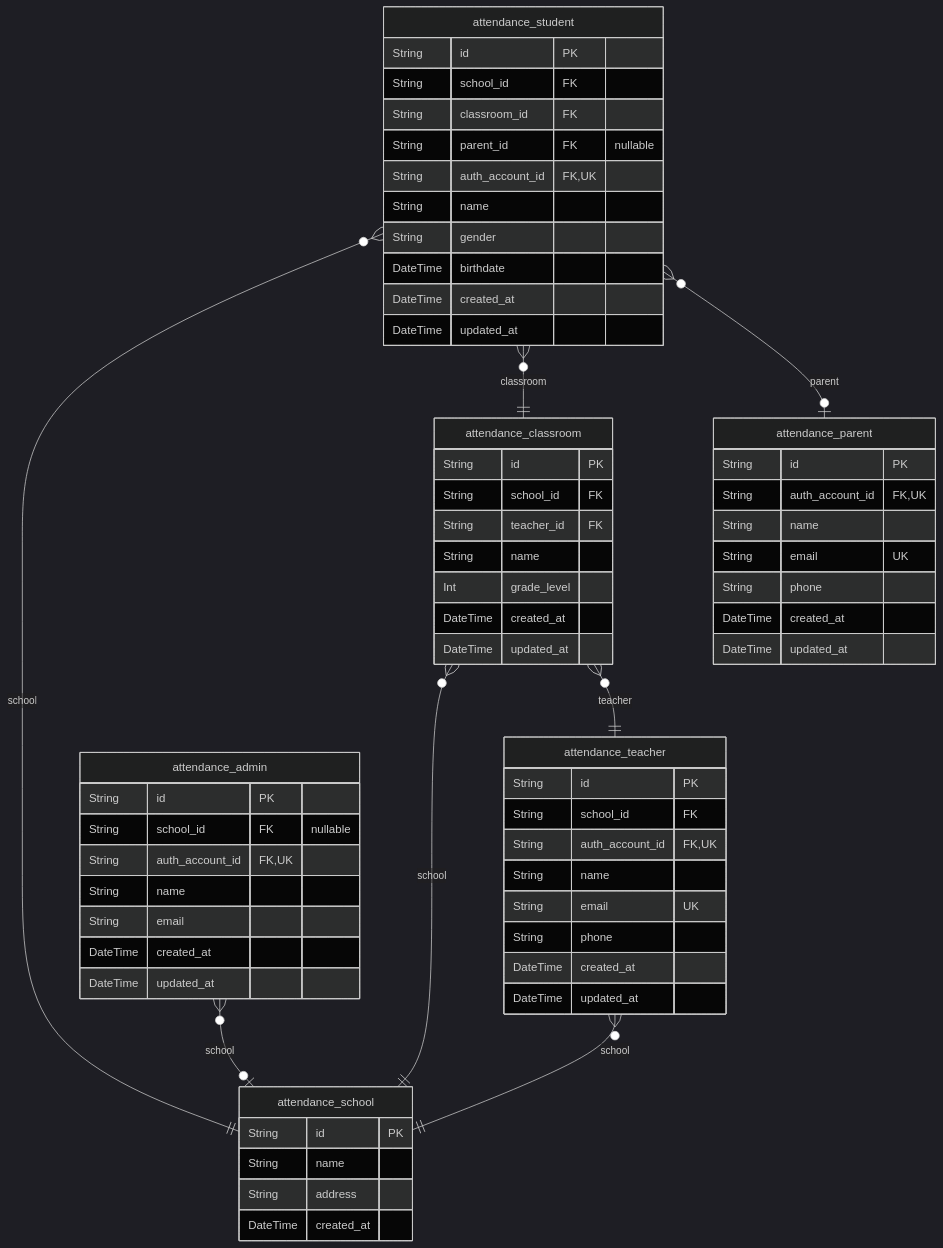
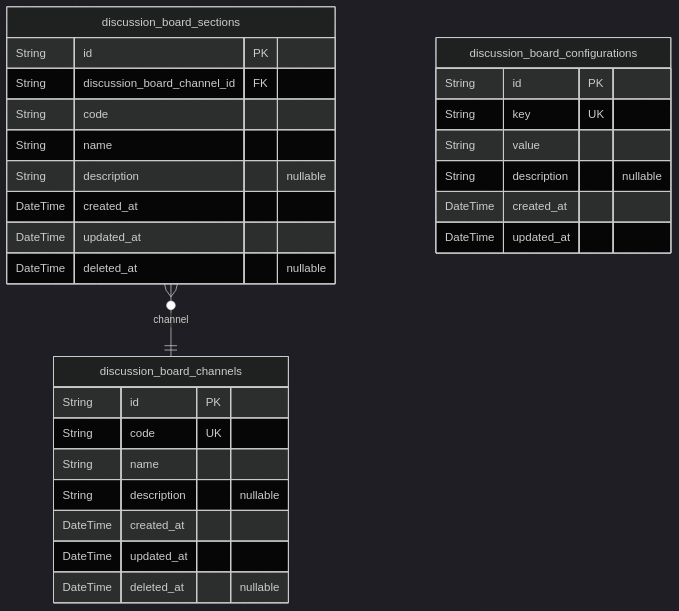
Before and after one commit to wrtnlabs/autobe-example-bbs-openai-gpt-4.1: the first of 8 diagrams in docs/ERD.md, drawn with Mermaid (dark theme). The commit also changed other lines of this file and 667 other files, not shown here.

````diff
--- a/docs/ERD.md
+++ b/docs/ERD.md
@@ -14,65 +16,31 @@
 ```mermaid
 erDiagram
-"attendance_teacher" {
+"discussion_board_channels" {
   String id PK
-  String school_id FK
-  String auth_account_id FK,UK
+  String code UK
   String name
-  String email UK
-  String phone
+  String description "nullable"
+  DateTime created_at
+  DateTime updated_at
+  DateTime deleted_at "nullable"
+}
+"discussion_board_sections" {
+  String id PK
+  String discussion_board_channel_id FK
+  String code
+  String name
+  String description "nullable"
+  DateTime created_at
+  DateTime updated_at
+  DateTime deleted_at "nullable"
+}
+"discussion_board_configurations" {
+  String id PK
+  String key UK
+  String value
+  String description "nullable"
   DateTime created_at
   DateTime updated_at
 }
-"attendance_student" {
-  String id PK
-  String school_id FK
-  String classroom_id FK
-  String parent_id FK "nullable"
-  String auth_account_id FK,UK
-  String name
-  String gender
-  DateTime birthdate
-  DateTime created_at
-  DateTime updated_at
-}
-"attendance_parent" {
-  String id PK
-  String auth_account_id FK,UK
-  String name
-  String email UK
-  String phone
-  DateTime created_at
-  DateTime updated_at
-}
-"attendance_admin" {
-  String id PK
-  String school_id FK "nullable"
-  String auth_account_id FK,UK
-  String name
-  String email
-  DateTime created_at
-  DateTime updated_at
-}
-"attendance_school" {
-  String id PK
-  String name
-  String address
-  DateTime created_at
-}
-"attendance_classroom" {
-  String id PK
-  String school_id FK
-  String teacher_id FK
-  String name
-  Int grade_level
-  DateTime created_at
-  DateTime updated_at
-}
-"attendance_teacher" }o--|| "attendance_school" : school
-"attendance_student" }o--|| "attendance_school" : school
-"attendance_student" }o--|| "attendance_classroom" : classroom
-"attendance_student" }o--o| "attendance_parent" : parent
-"attendance_admin" }o--o| "attendance_school" : school
-"attendance_classroom" }o--|| "attendance_school" : school
-"attendance_classroom" }o--|| "attendance_teacher" : teacher
+"discussion_board_sections" }o--|| "discussion_board_channels" : channel
 ```
````
